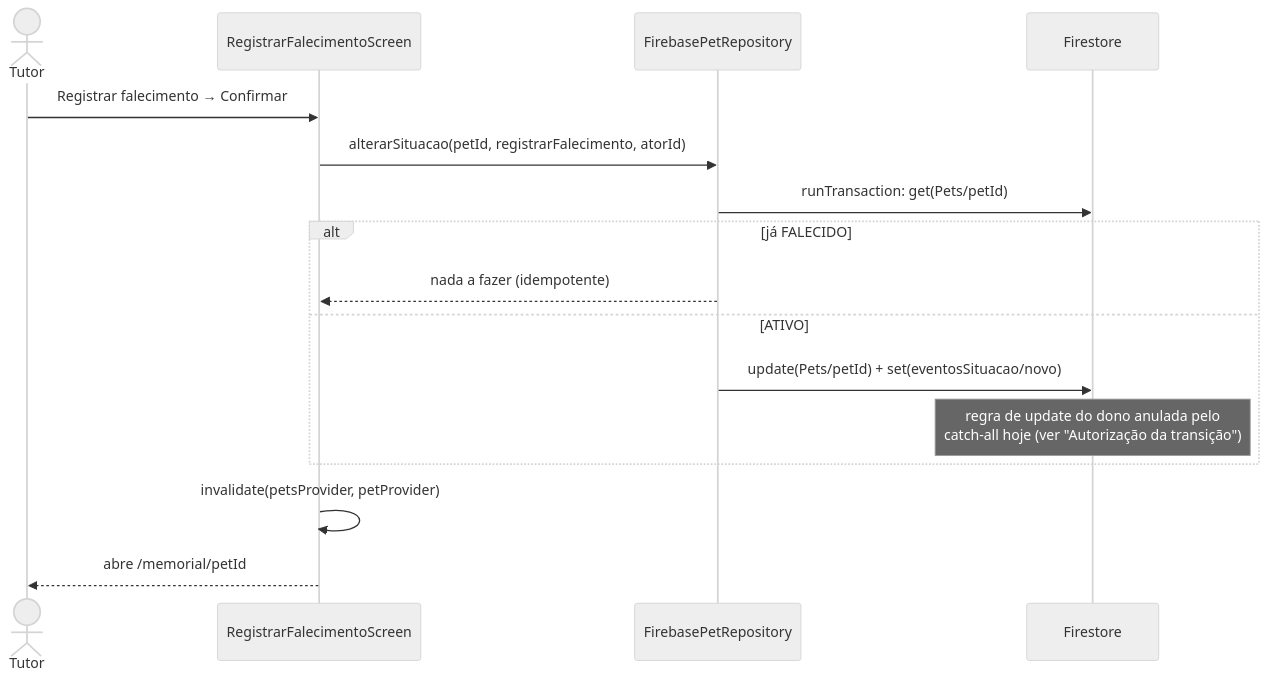
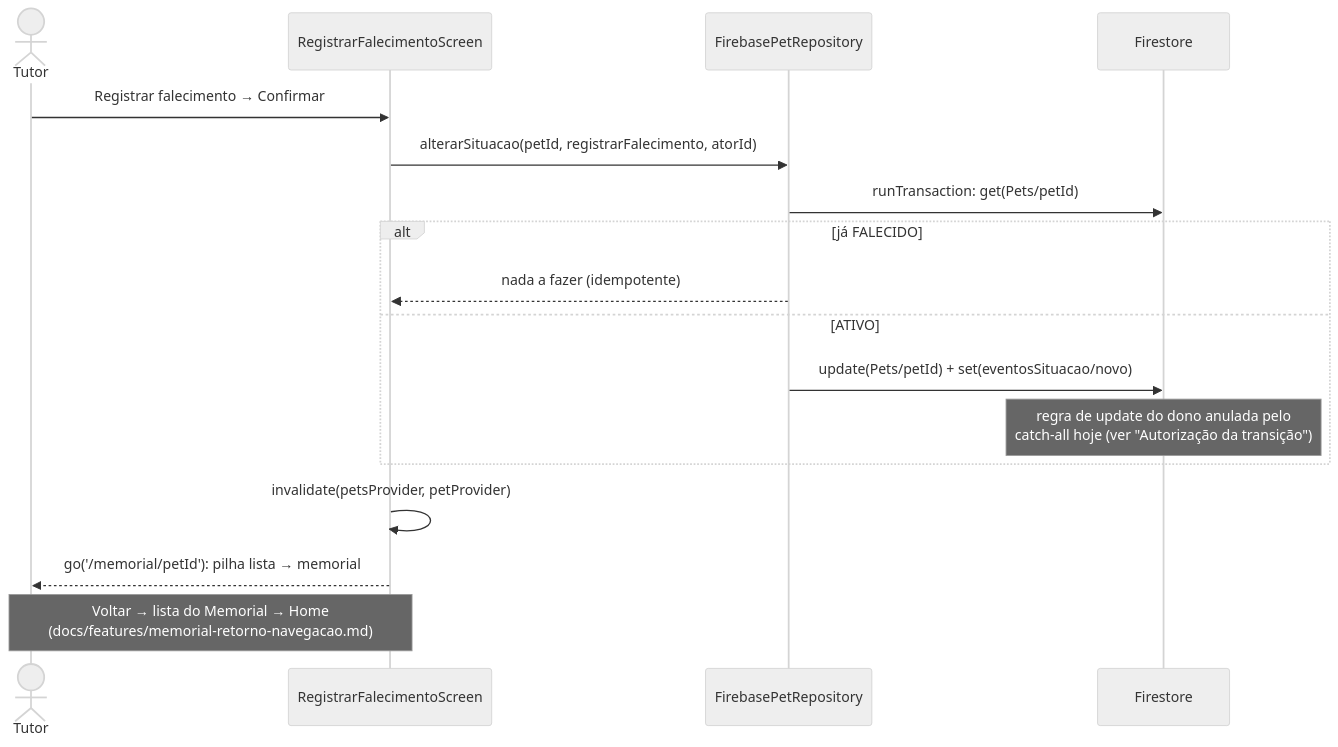
One commit to TecnoDreamer/PetConnect changed the second of 2 diagrams in docs/features/memorial-pet.md. Above: the diagram before and after it, drawn with Mermaid (neutral theme). The commit also changed other lines of this file and 6 other files, not shown here.

Commit message:
docs(memorial): registra causa e validação do retorno de navegação

````diff
--- a/docs/features/memorial-pet.md
+++ b/docs/features/memorial-pet.md
@@ -75,18 +75,19 @@
 ```mermaid
 sequenceDiagram
     actor Tutor
     participant UI as RegistrarFalecimentoScreen
     participant Repo as FirebasePetRepository
     participant FS as Firestore
     Tutor->>UI: Registrar falecimento → Confirmar
     UI->>Repo: alterarSituacao(petId, registrarFalecimento, atorId)
     Repo->>FS: runTransaction: get(Pets/petId)
     alt já FALECIDO
         Repo-->>UI: nada a fazer (idempotente)
     else ATIVO
         Repo->>FS: update(Pets/petId) + set(eventosSituacao/novo)
         Note over FS: regra de update do dono anulada pelo<br/>catch-all hoje (ver "Autorização da transição")
     end
     UI->>UI: invalidate(petsProvider, petProvider)
-    UI-->>Tutor: abre /memorial/petId
+    UI-->>Tutor: go('/memorial/petId'): pilha lista → memorial
+    Note over UI,Tutor: Voltar → lista do Memorial → Home<br/>(docs/features/memorial-retorno-navegacao.md)
 ```
````
